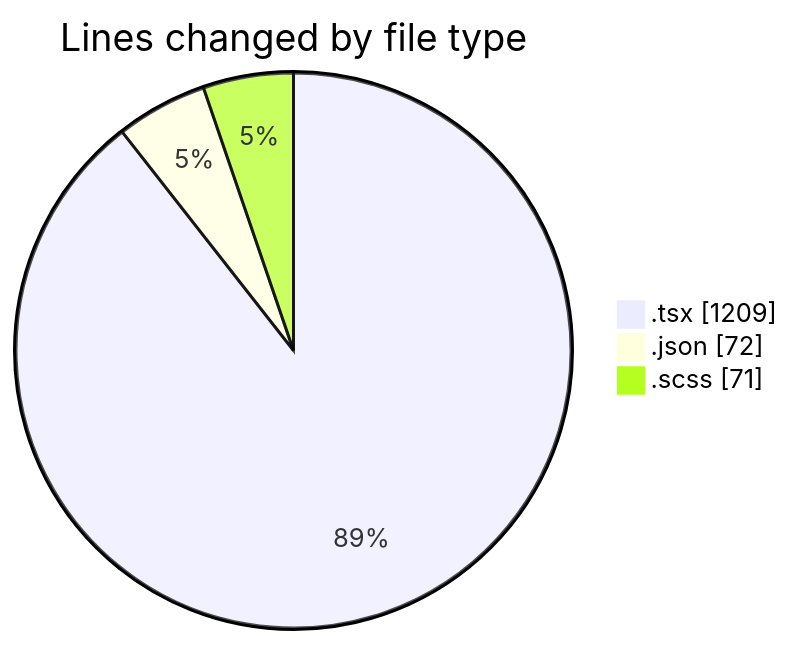
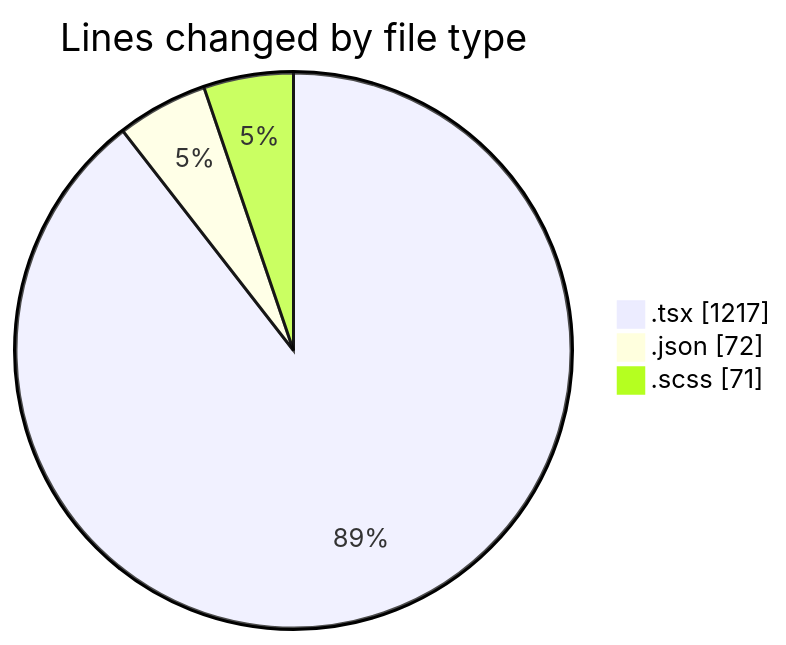
The first of 2 diagrams in 2026-11-11/cda/README.md (momahboobian/code-tracking), drawn with Mermaid before and after one commit. The commit also changed other lines of this file and 1 other file, not shown here.

````diff
--- a/2026-11-11/cda/README.md
+++ b/2026-11-11/cda/README.md
@@ -26,7 +26,7 @@
 ```mermaid
 pie showData
 title Lines changed by file type
-".tsx" : 1209
+".tsx" : 1217
 ".json" : 72
 ".scss" : 71
 ```
````
